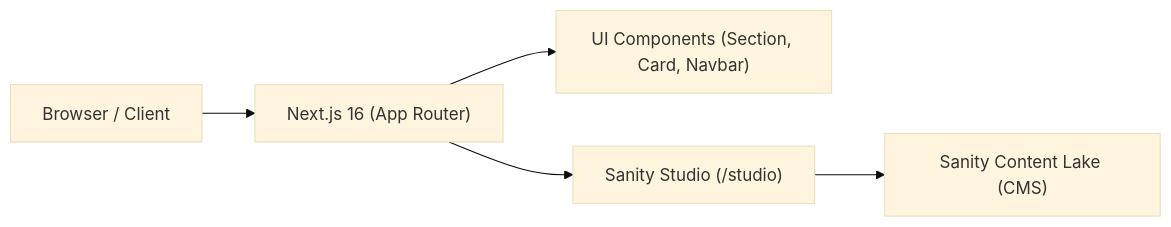
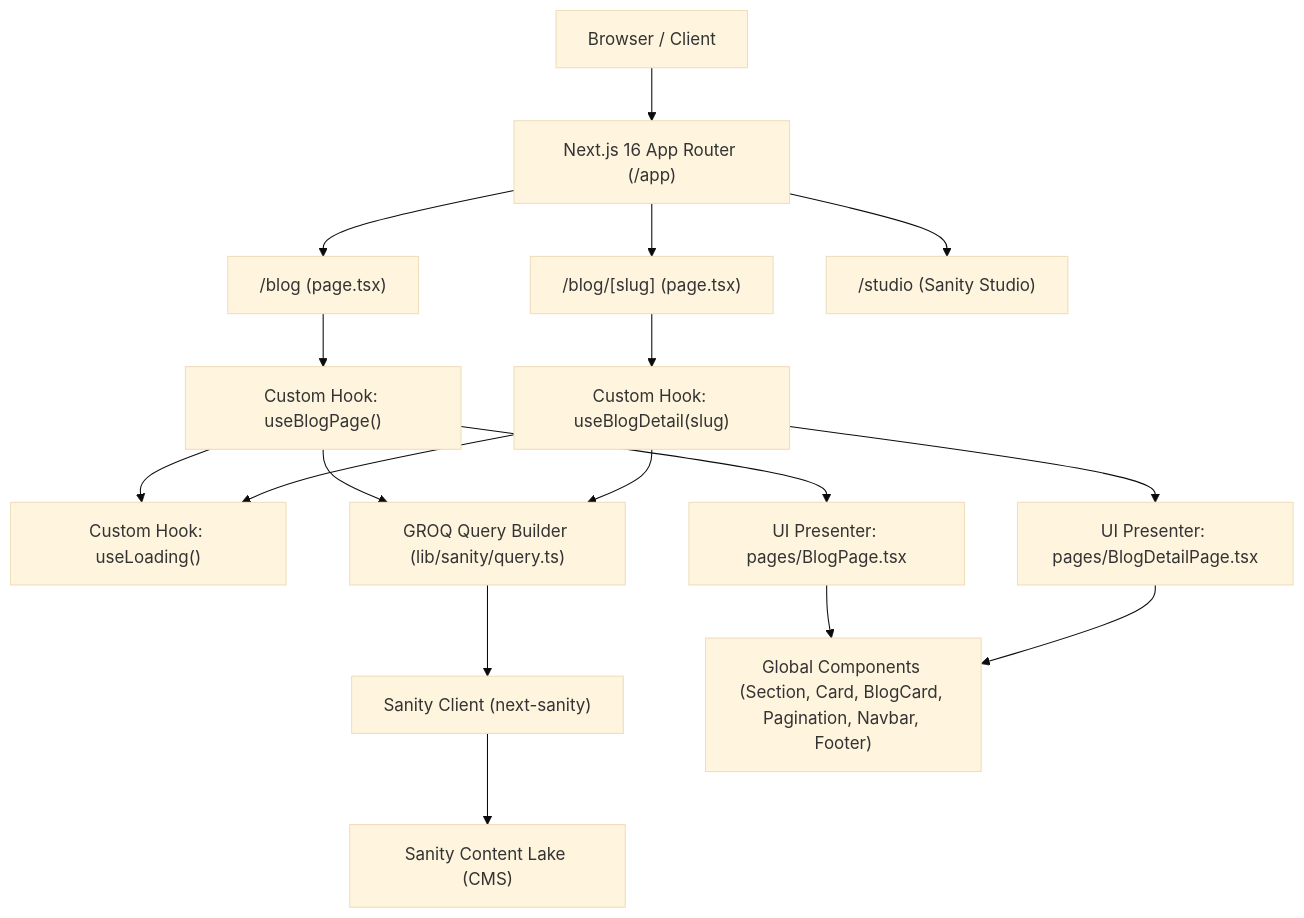
The diagram in README.md (Sadampayoda/kodeva), drawn with Mermaid (base theme) before and after one commit. The commit also changed other lines of this file and 23 other files, not shown here.

First line of the commit message:
feat(blog): implement blog feed, dynamic slug detail, query builder, and custom hooks

````diff
--- a/README.md
+++ b/README.md
@@ -43,7 +44,25 @@
 ```mermaid
-flowchart LR
-    Browser["Browser / Client"] --> Next["Next.js 16 (App Router)"]
-    Next --> Components["UI Components (Section, Card, Navbar)"]
-    Next --> Studio["Sanity Studio (/studio)"]
-    Studio --> SanityAPI["Sanity Content Lake (CMS)"]
+flowchart TD
+    Browser["Browser / Client"] --> NextRouter["Next.js 16 App Router (/app)"]
+    NextRouter --> BlogFeedRoute["/blog (page.tsx)"]
+    NextRouter --> BlogDetailRoute["/blog/[slug] (page.tsx)"]
+    NextRouter --> StudioRoute["/studio (Sanity Studio)"]
+    
+    BlogFeedRoute --> UseBlogPage["Custom Hook: useBlogPage()"]
+    BlogDetailRoute --> UseBlogDetail["Custom Hook: useBlogDetail(slug)"]
+    
+    UseBlogPage --> UseLoading["Custom Hook: useLoading()"]
+    UseBlogDetail --> UseLoading
+    
+    UseBlogPage --> QueryBuilder["GROQ Query Builder (lib/sanity/query.ts)"]
+    UseBlogDetail --> QueryBuilder
+    
+    QueryBuilder --> SanityClient["Sanity Client (next-sanity)"]
+    SanityClient --> SanityLake["Sanity Content Lake (CMS)"]
+    
+    UseBlogPage --> BlogPagePresenter["UI Presenter: pages/BlogPage.tsx"]
+    UseBlogDetail --> BlogDetailPresenter["UI Presenter: pages/BlogDetailPage.tsx"]
+    
+    BlogPagePresenter --> Components["Global Components (Section, Card, BlogCard, Pagination, Navbar, Footer)"]
+    BlogDetailPresenter --> Components
 ```
````
